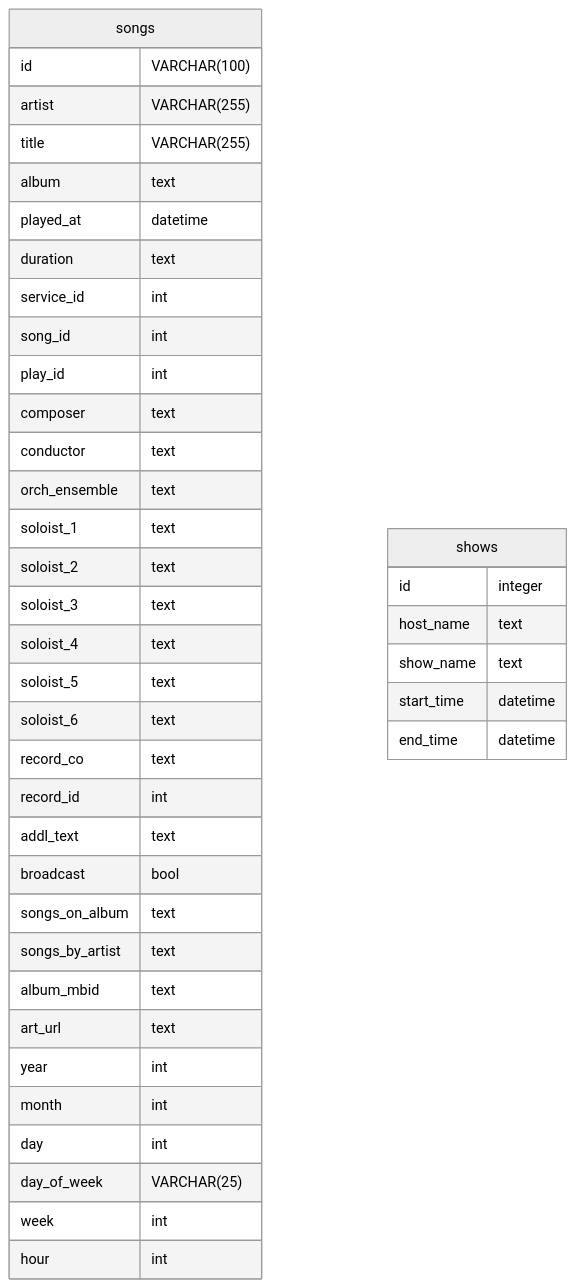
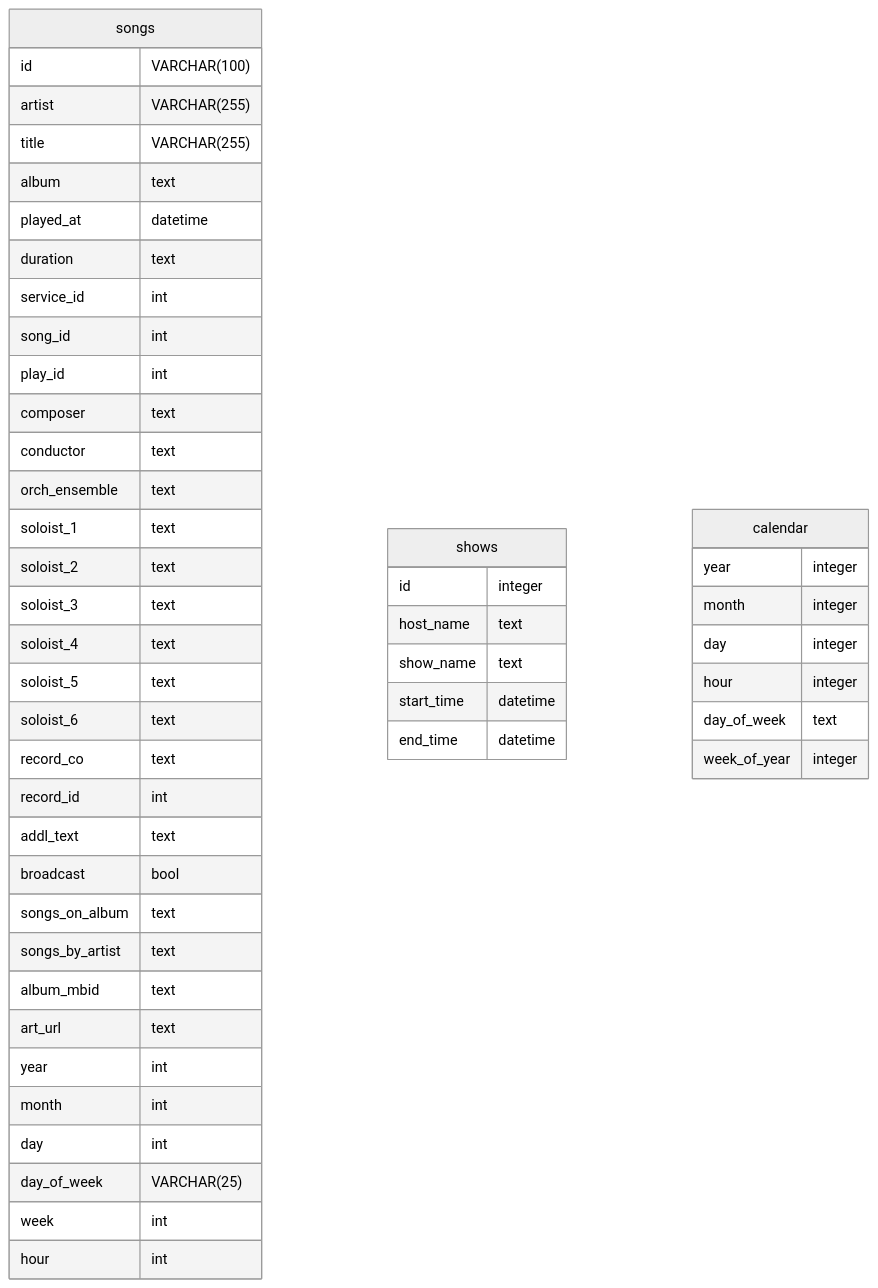
Before and after one commit to jasonmotylinski/thecurrent: the diagram in datamodel.md, drawn with Mermaid (neutral theme). The commit also changed 3 other files, not shown here.

````diff
--- a/datamodel.md
+++ b/datamodel.md
@@ -1,45 +1,54 @@
 ```mermaid
 erDiagram
 songs {
     id VARCHAR(100)
     artist VARCHAR(255)
     title VARCHAR(255)
     album text
     played_at datetime
     duration text
     service_id int 
     song_id int
     play_id int 
     composer text 
     conductor text 
     orch_ensemble text 
     soloist_1 text
     soloist_2 text 
     soloist_3 text 
     soloist_4 text
     soloist_5 text 
     soloist_6 text 
     record_co text 
     record_id int 
     addl_text text 
     broadcast bool 
     songs_on_album text
     songs_by_artist text 
     album_mbid text
     art_url text
     year int
     month int 
     day int
     day_of_week VARCHAR(25)
     week int
     hour int
 }
 
 shows{
     id integer
     host_name text
     show_name text
     start_time datetime
     end_time datetime
 }
+
+calendar {
+    year integer
+    month integer
+    day integer
+    hour integer
+    day_of_week text
+    week_of_year integer
+}
 ```
````
